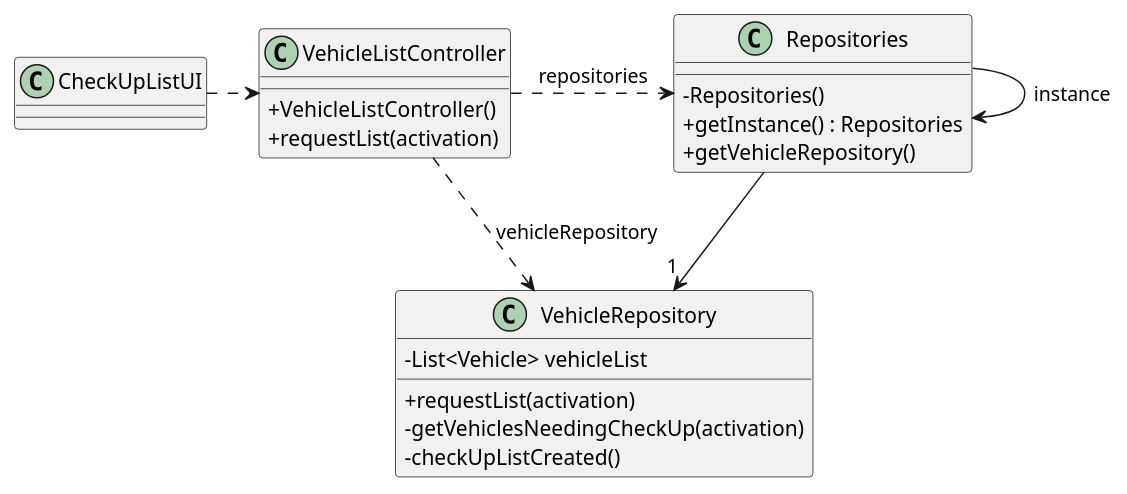
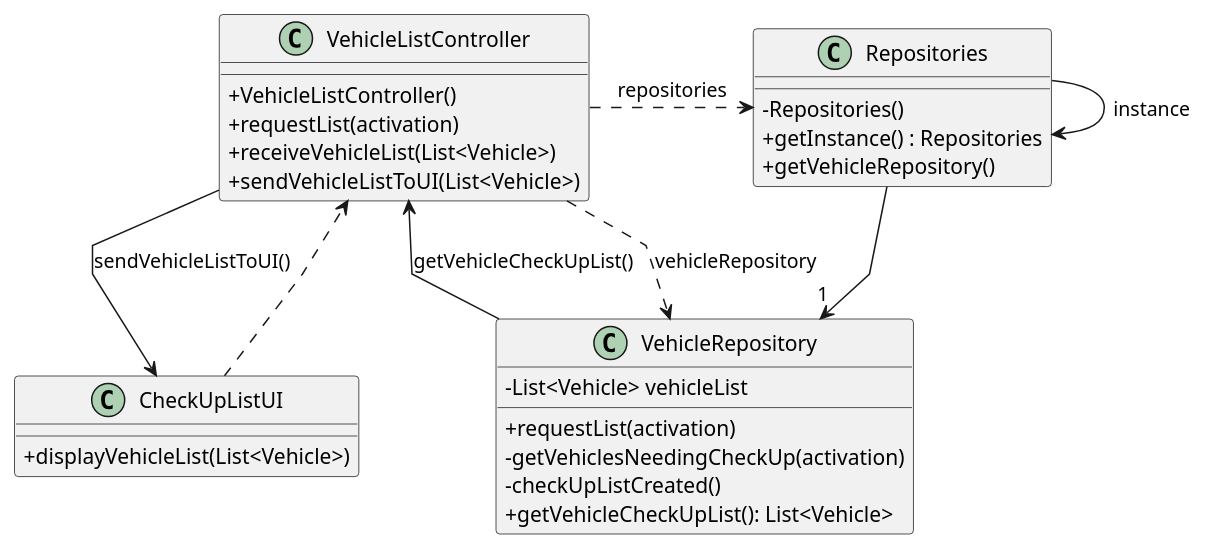
The diagram in docs/sprintB/us008/03.design/puml/us008-class-diagram.puml (SAEmanuel/Green_Spaces_Management_ISEP), drawn with PlantUML before and after one commit.

Commit message:
US8 - class diagram correction v2

```diff
--- a/docs/sprintB/us008/03.design/puml/us008-class-diagram.puml
+++ b/docs/sprintB/us008/03.design/puml/us008-class-diagram.puml
@@ -1,45 +1,43 @@
 @startuml
 'skinparam monochrome true
 skinparam packageStyle rectangle
 skinparam shadowing false
 skinparam linetype polyline
 'skinparam linetype orto
 skinparam classAttributeIconSize 0
 'left to right direction
 
-
-
-
 class VehicleRepository {
     - List<Vehicle> vehicleList
     + requestList(activation)
     - getVehiclesNeedingCheckUp(activation)
     - checkUpListCreated()
+    + getVehicleCheckUpList(): List<Vehicle>
 }
-
-
 
 class Repositories {
     - Repositories()
     + getInstance() : Repositories
     + getVehicleRepository()
 }
 
 class VehicleListController {
     + VehicleListController()
     + requestList(activation)
+    + receiveVehicleList(List<Vehicle>)
+    + sendVehicleListToUI(List<Vehicle>)
 }
 
 class CheckUpListUI {
+    + displayVehicleList(List<Vehicle>)
 }
 
-CheckUpListUI .> VehicleListController
+CheckUpListUI ..> VehicleListController
 
+VehicleListController --> CheckUpListUI : sendVehicleListToUI()
 VehicleListController .> Repositories : repositories
 Repositories  --> "1 " VehicleRepository
 Repositories -> Repositories : instance
-
 VehicleListController ..>  VehicleRepository : vehicleRepository
-
-
+VehicleRepository -> VehicleListController : getVehicleCheckUpList()
 @enduml
```
